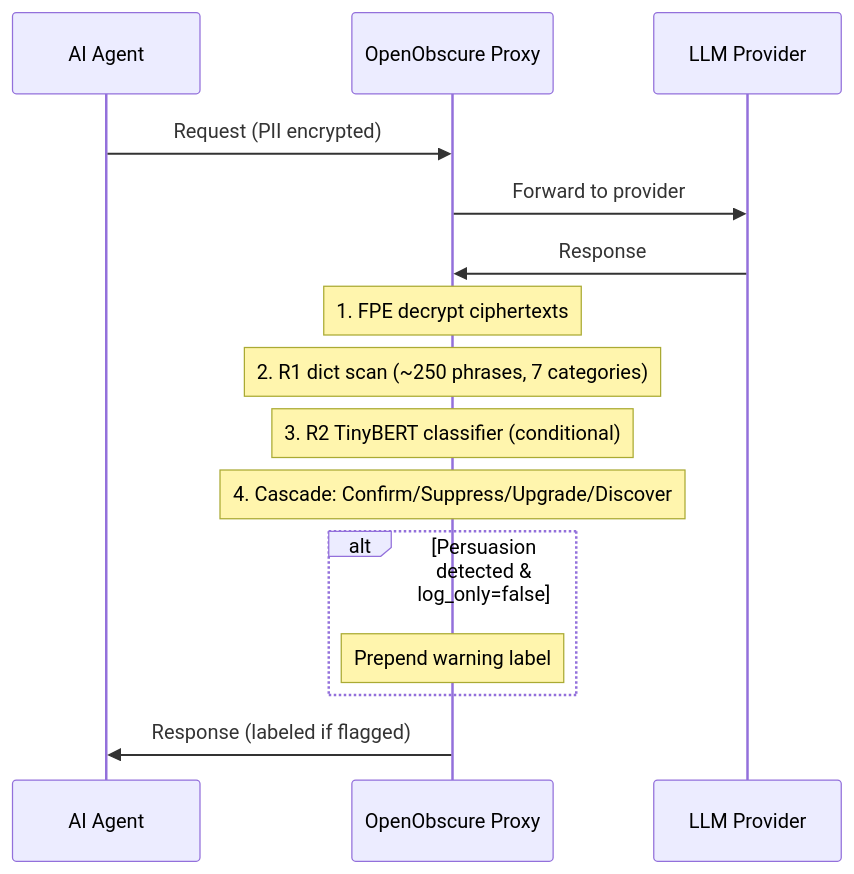
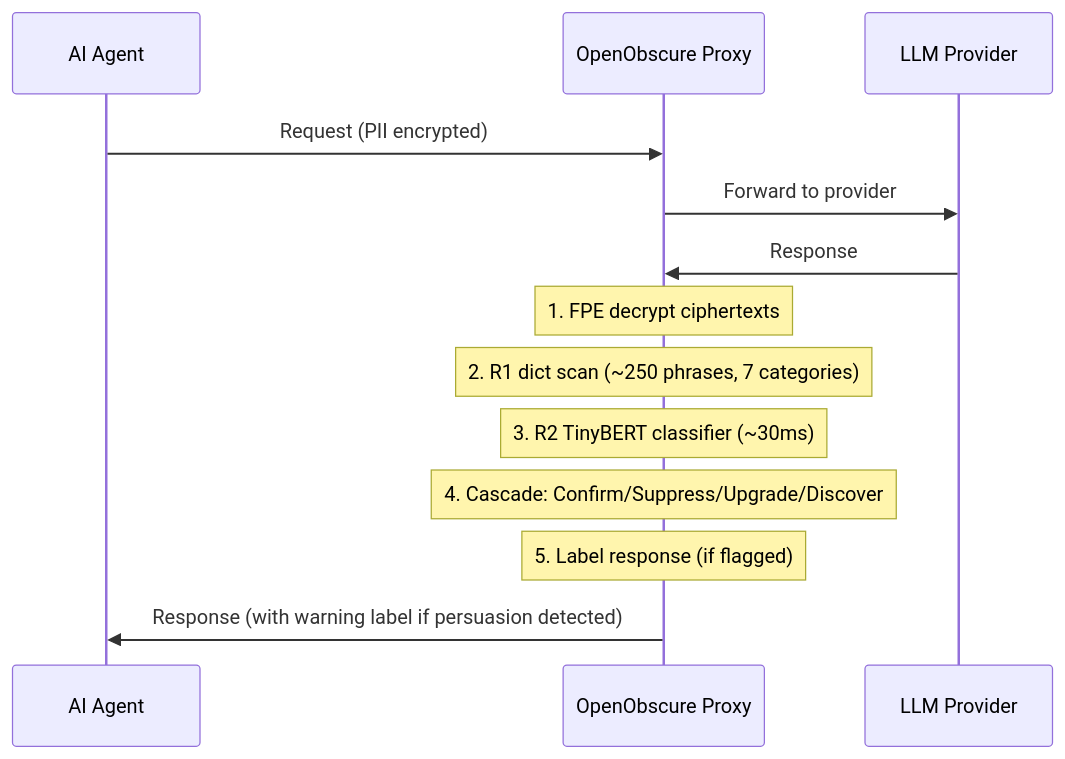
One commit to OpenObscure/OpenObscure changed the sixth of 6 diagrams in README.md. Above: the diagram before and after it, drawn with Mermaid. The commit also changed other lines of this file and 6 other files, not shown here.

````diff
--- a/README.md
+++ b/README.md
@@ -517,18 +517,16 @@
 ```mermaid
 sequenceDiagram
     participant A as AI Agent
     participant P as OpenObscure Proxy
     participant L as LLM Provider
 
     A->>P: Request (PII encrypted)
     P->>L: Forward to provider
     L->>P: Response
     Note over P: 1. FPE decrypt ciphertexts
     Note over P: 2. R1 dict scan (~250 phrases, 7 categories)
-    Note over P: 3. R2 TinyBERT classifier (conditional)
+    Note over P: 3. R2 TinyBERT classifier (~30ms)
     Note over P: 4. Cascade: Confirm/Suppress/Upgrade/Discover
-    alt Persuasion detected & log_only=false
-        Note over P: Prepend warning label
-    end
-    P->>A: Response (labeled if flagged)
+    Note over P: 5. Label response (if flagged)
+    P->>A: Response (with warning label if persuasion detected)
 ```
````
